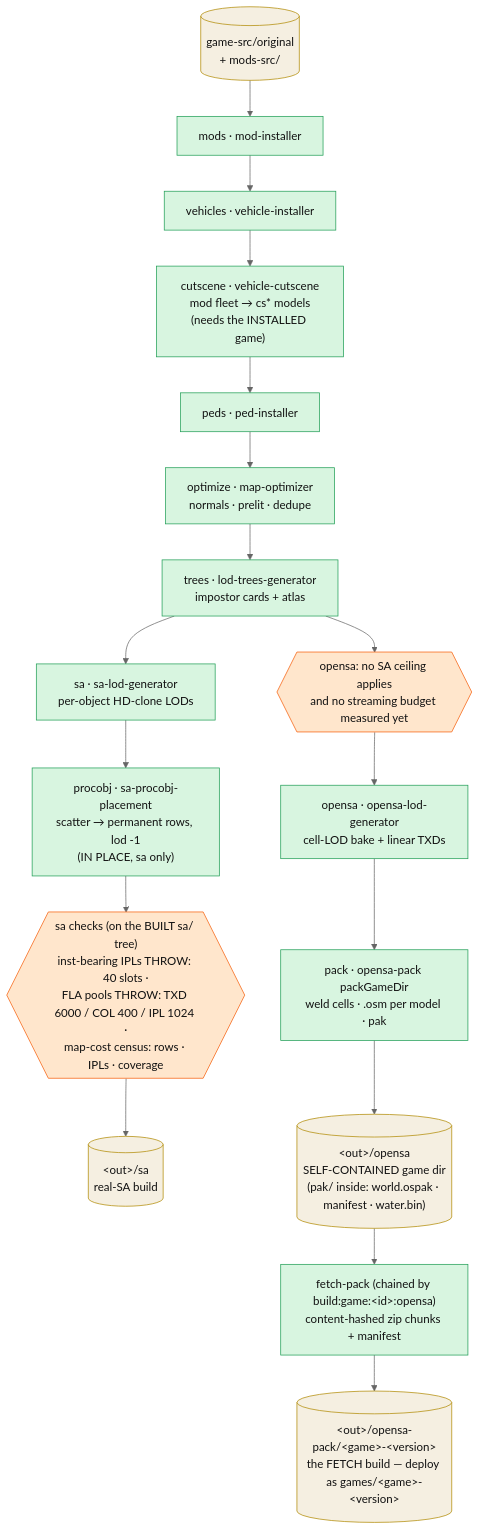
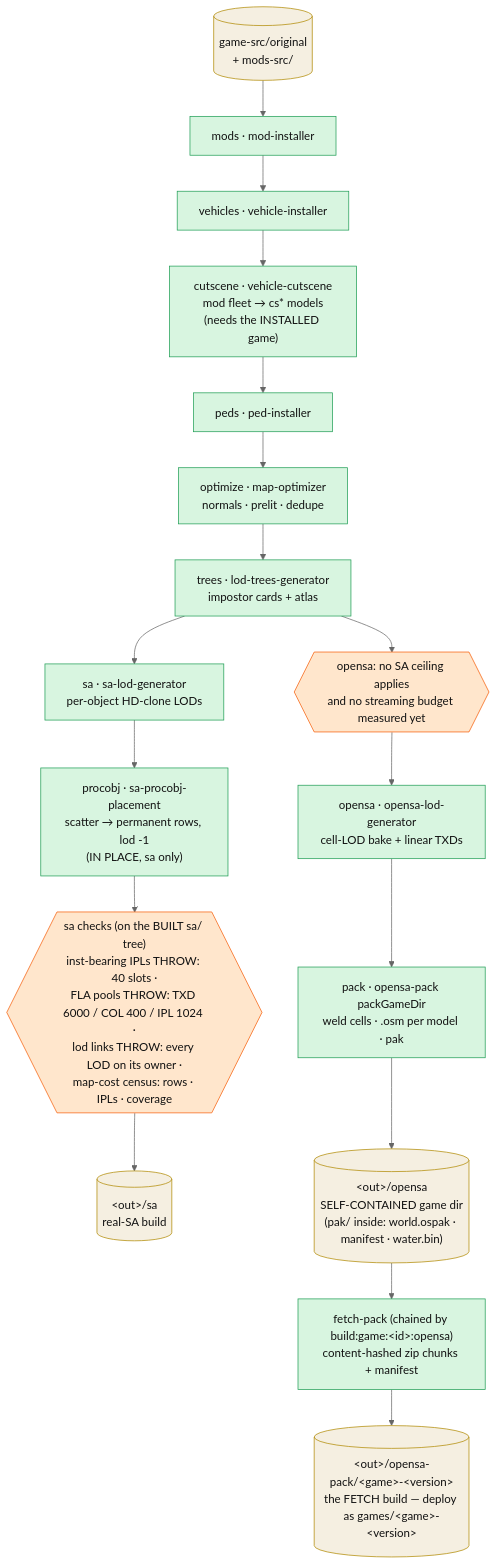
One commit to sexorcist00/opensa changed the diagram in docs/architecture/perfect-map-builder.md. Above: the diagram before and after it, drawn with Mermaid (neutral theme). The commit also changed other lines of this file and 8 other files, not shown here.

First line of the commit message:
docs(lod-links): the stream-merge index space, and the guard that now catches it

````diff
--- a/docs/architecture/perfect-map-builder.md
+++ b/docs/architecture/perfect-map-builder.md
@@ -78,30 +78,30 @@
 ```mermaid
 %%| pmb-pipeline
 flowchart TB
   src[("game-src/original<br/>+ mods-src/")]:::data
   mods["mods · mod-installer"]:::stage
   veh["vehicles · vehicle-installer"]:::stage
   cs["cutscene · vehicle-cutscene<br/>mod fleet → cs* models<br/>(needs the INSTALLED game)"]:::stage
   peds["peds · ped-installer"]:::stage
   opt["optimize · map-optimizer<br/>normals · prelit · dedupe"]:::stage
   trees["trees · lod-trees-generator<br/>impostor cards + atlas"]:::stage
   proc["procobj · sa-procobj-placement<br/>scatter → permanent rows, lod -1<br/>(IN PLACE, sa only)"]:::stage
-  guard{{"sa checks (on the BUILT sa/ tree)<br/>inst-bearing IPLs THROW: 40 slots ·<br/>FLA pools THROW: TXD 6000 / COL 400 / IPL 1024 ·<br/>map-cost census: rows · IPLs · coverage"}}:::guard
+  guard{{"sa checks (on the BUILT sa/ tree)<br/>inst-bearing IPLs THROW: 40 slots ·<br/>FLA pools THROW: TXD 6000 / COL 400 / IPL 1024 ·<br/>lod links THROW: every LOD on its owner ·<br/>map-cost census: rows · IPLs · coverage"}}:::guard
   osguard{{"opensa: no SA ceiling applies<br/>and no streaming budget measured yet"}}:::guard
   sa["sa · sa-lod-generator<br/>per-object HD-clone LODs"]:::stage
   oslod["opensa · opensa-lod-generator<br/>cell-LOD bake + linear TXDs"]:::stage
   pack["pack · opensa-pack packGameDir<br/>weld cells · .osm per model · pak"]:::stage
   outsa[("&lt;out&gt;/sa<br/>real-SA build")]:::data
   outos[("&lt;out&gt;/opensa<br/>SELF-CONTAINED game dir<br/>(pak/ inside: world.ospak · manifest · water.bin)")]:::data
   fetch["fetch-pack (chained by build:game:&lt;id&gt;:opensa)<br/>content-hashed zip chunks + manifest"]:::stage
   outpak[("&lt;out&gt;/opensa-pack/&lt;game&gt;-&lt;version&gt;<br/>the FETCH build — deploy as games/&lt;game&gt;-&lt;version&gt;")]:::data
 
   src --> mods --> veh --> cs --> peds --> opt --> trees
   trees --> sa --> proc --> guard --> outsa
   trees --> osguard --> oslod --> pack --> outos
   outos --> fetch --> outpak
 
   classDef stage fill:#d8f5e0,stroke:#1f9d55,color:#111
   classDef guard fill:#ffe6cc,stroke:#f55c07,color:#111
   classDef data fill:#f5efe1,stroke:#b08900,color:#111
 ```
````
